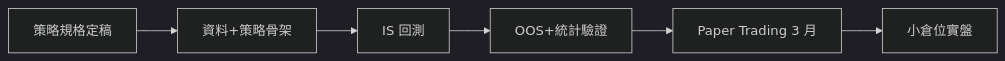
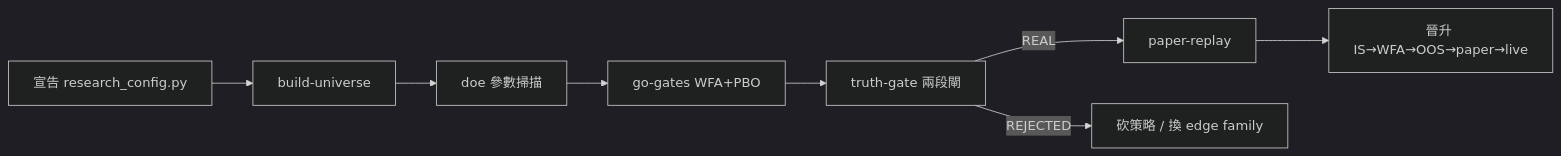
Before and after one commit to Zenobia000/Quantitative_Trading: the diagram in dev_docs/01_workflow_manual.md, drawn with Mermaid (dark theme). The commit also changed other lines of this file and 51 other files, not shown here.

````diff
--- a/dev_docs/01_workflow_manual.md
+++ b/dev_docs/01_workflow_manual.md
@@ -30,8 +17,10 @@
 ```mermaid
 graph LR
-  M0[策略規格定稿] --> M1[資料+策略骨架]
-  M1 --> M2[IS 回測]
-  M2 --> M3[OOS+統計驗證]
-  M3 --> M4[Paper Trading 3 月]
-  M4 --> M5[小倉位實盤]
+  RC[宣告 research_config.py] --> BU[build-universe]
+  BU --> DOE[doe 參數掃描]
+  DOE --> GG[go-gates WFA+PBO]
+  GG --> TG[truth-gate 兩段閘]
+  TG -->|REAL| PR[paper-replay]
+  TG -->|REJECTED| KILL[砍策略 / 換 edge family]
+  PR --> PROMOTE[晉升 IS→WFA→OOS→paper→live]
 ```
````
